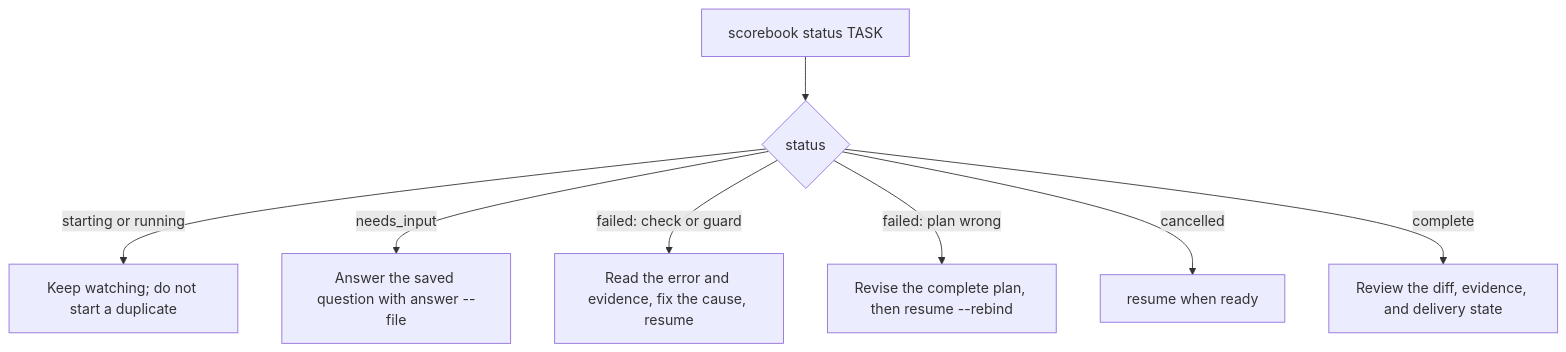
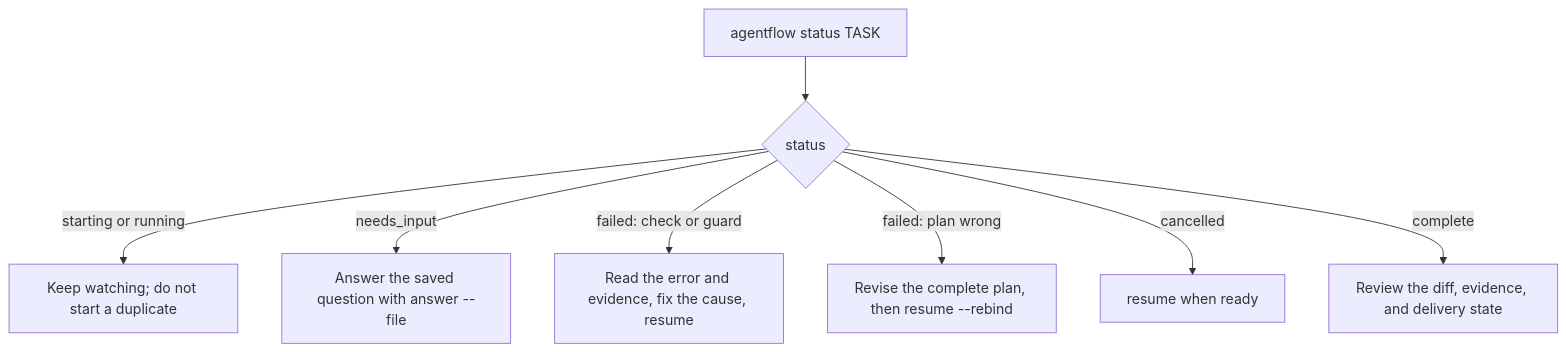
The diagram in docs-data/diagrams/task-stops.mmd (MarkoArsov/agent-workflow), drawn with Mermaid before and after one commit. The commit also changed 137 other files, not shown here.

First line of the commit message:
Rename to Agent Flow and move the site to agentic.markoarsov.com

```diff
--- a/docs-data/diagrams/task-stops.mmd
+++ b/docs-data/diagrams/task-stops.mmd
@@ -1,9 +1,9 @@
 %% When a task stops: decision tree on run status. Rendered by hand as task-stops.html.
 flowchart TD
-    A[scorebook status TASK] --> B{status}
+    A[agentflow status TASK] --> B{status}
     B -->|starting or running| C[Keep watching; do not start a duplicate]
     B -->|needs_input| D[Answer the saved question with answer --file]
     B -->|failed: check or guard| E[Read the error and evidence, fix the cause, resume]
     B -->|failed: plan wrong| F[Revise the complete plan, then resume --rebind]
     B -->|cancelled| G[resume when ready]
     B -->|complete| H[Review the diff, evidence, and delivery state]
```
